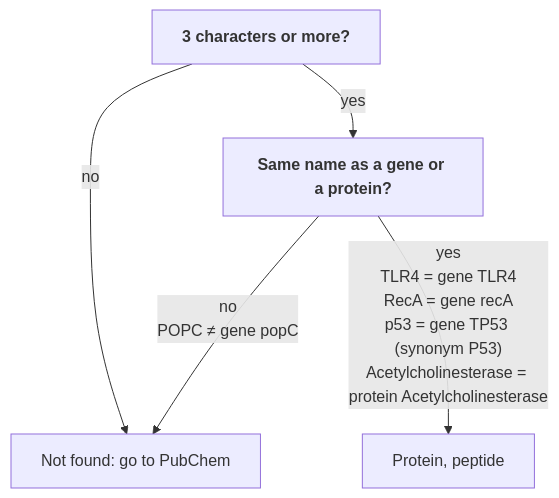
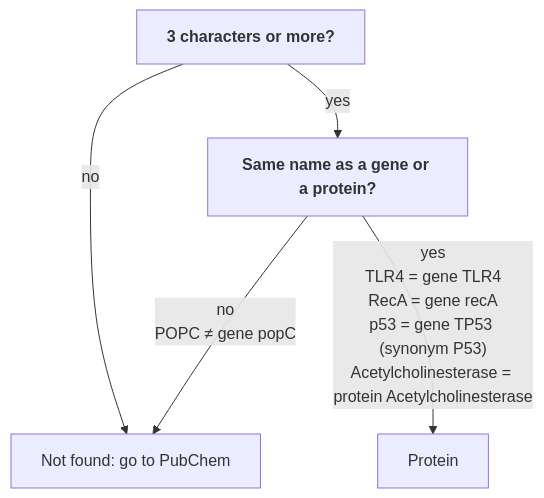
The third of 4 diagrams in docs/molecules_classification.md (MDverse/mdner_llm), drawn with Mermaid before and after one commit. The commit also changed other lines of this file and 4 other files, not shown here.

Commit message:
refactor: Rename the "Protein, peptide" category to "Protein"

````diff
--- a/docs/molecules_classification.md
+++ b/docs/molecules_classification.md
@@ -239,8 +239,8 @@
 ```mermaid
 flowchart TD
     A["<b>3 characters or more?</b>"]
     A -- "no" --> X["Not found: go to PubChem"]
     A -- "yes" --> B["<b>Same name as a gene or a protein?</b>"]
-    B -- "yes<br/>TLR4 = gene TLR4<br/>RecA = gene recA<br/>p53 = gene TP53 (synonym P53)<br/>Acetylcholinesterase = protein Acetylcholinesterase" --> Z["Protein, peptide"]
+    B -- "yes<br/>TLR4 = gene TLR4<br/>RecA = gene recA<br/>p53 = gene TP53 (synonym P53)<br/>Acetylcholinesterase = protein Acetylcholinesterase" --> Z["Protein"]
     B -- "no<br/>POPC ≠ gene popC" --> X
 ```
````
